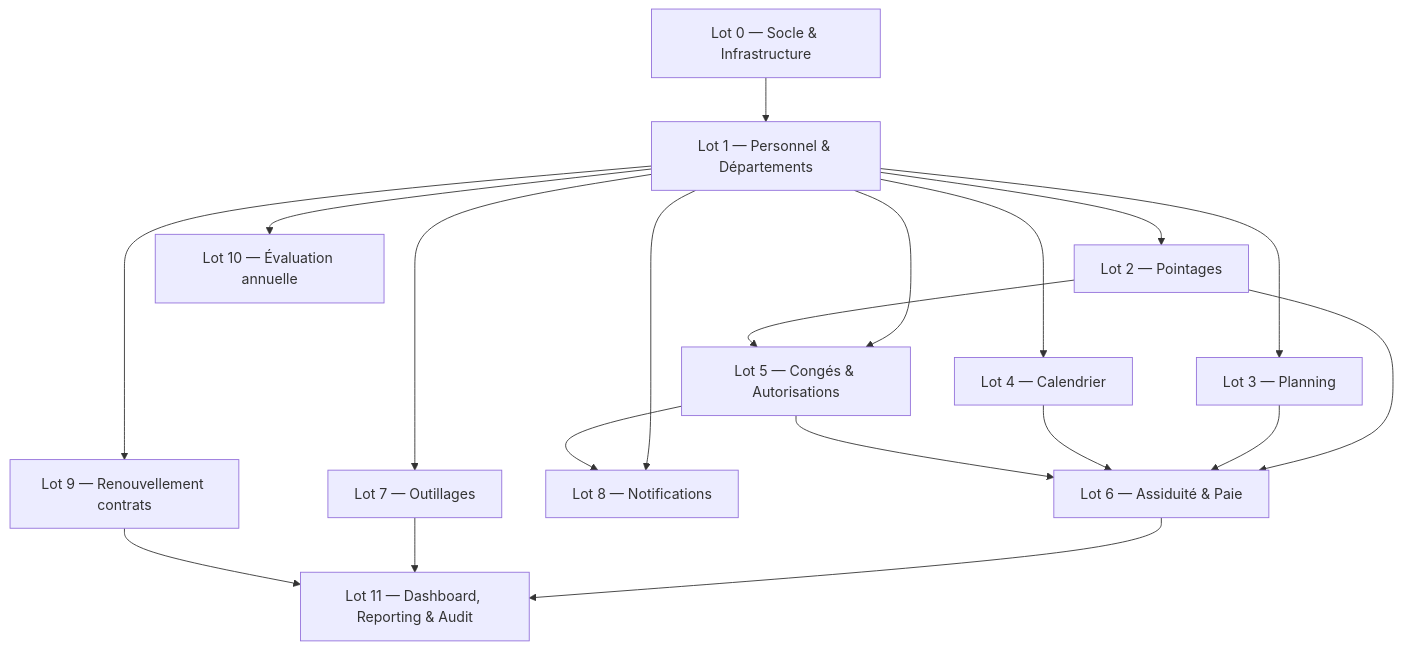
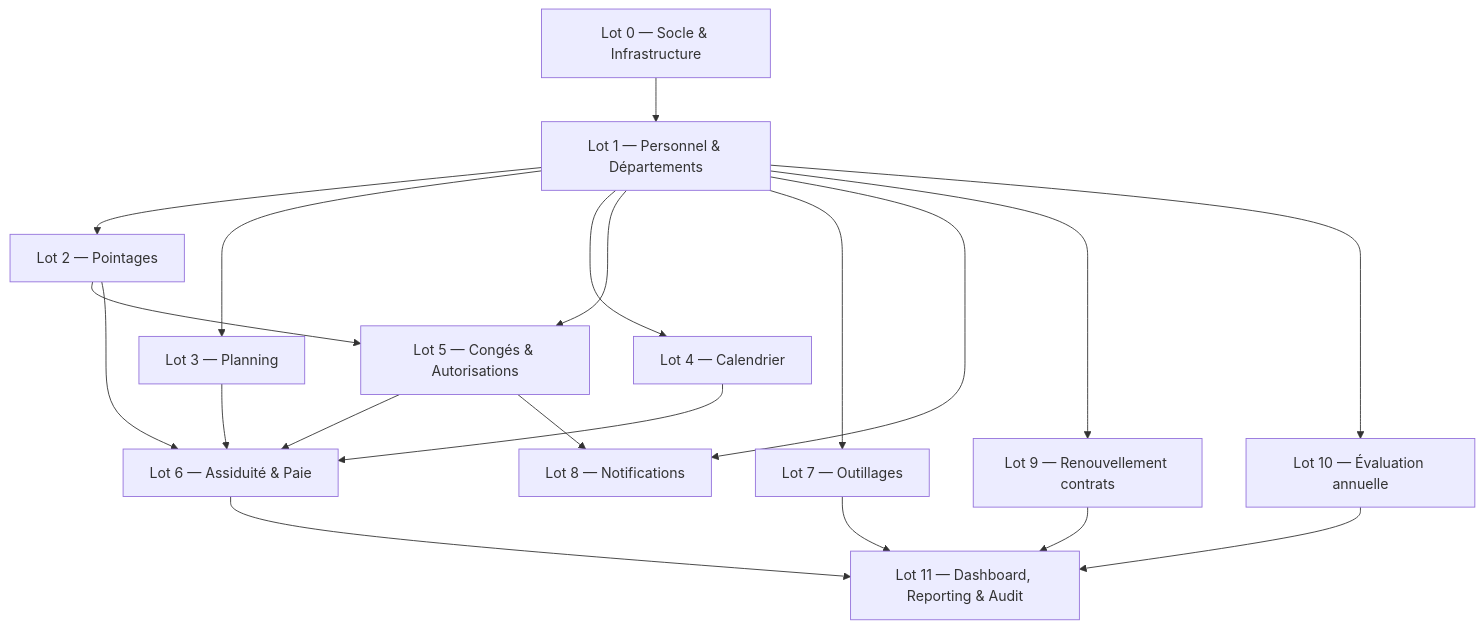
Before and after one commit to MdRiabi/sirh-project-backend: the diagram in docs/BACKLOG.md, drawn with Mermaid. The commit also changed other lines of this file and 2 other files, not shown here.

First line of the commit message:
docs(dashboard): corrige la dependance Lot 10 et documente GET /dashboard/charts

````diff
--- a/docs/BACKLOG.md
+++ b/docs/BACKLOG.md
@@ -11,21 +11,22 @@
 ```mermaid
 graph TD
     L0["Lot 0 — Socle & Infrastructure"] --> L1["Lot 1 — Personnel & Départements"]
     L1 --> L2["Lot 2 — Pointages"]
     L1 --> L3["Lot 3 — Planning"]
     L1 --> L4["Lot 4 — Calendrier"]
     L1 --> L5["Lot 5 — Congés & Autorisations"]
     L2 --> L5
     L2 --> L6["Lot 6 — Assiduité & Paie"]
     L3 --> L6
     L4 --> L6
     L5 --> L6
     L1 --> L7["Lot 7 — Outillages"]
     L1 --> L8["Lot 8 — Notifications"]
     L5 --> L8
     L1 --> L9["Lot 9 — Renouvellement contrats"]
     L1 --> L10["Lot 10 — Évaluation annuelle"]
     L6 --> L11["Lot 11 — Dashboard, Reporting & Audit"]
     L7 --> L11
     L9 --> L11
+    L10 --> L11
 ```
````
